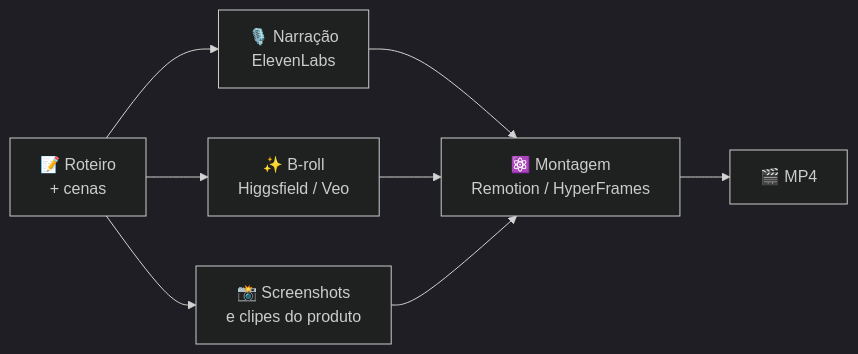
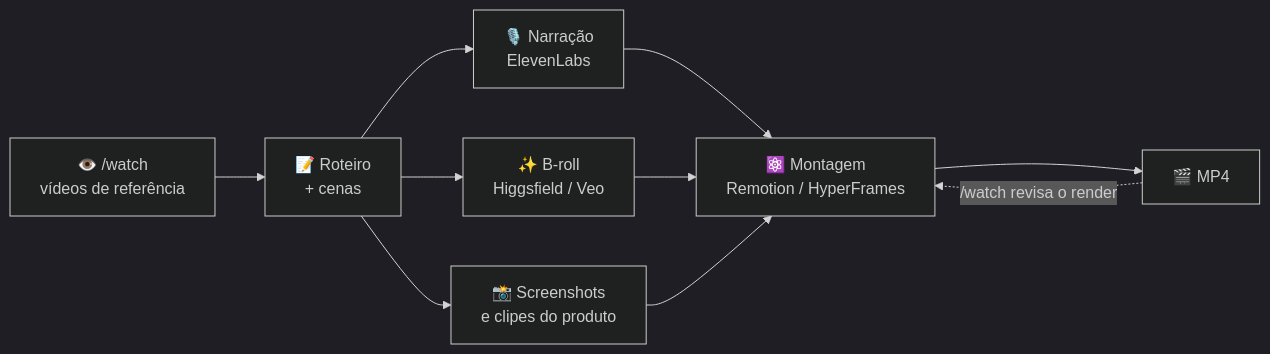
Before and after one commit to giovannichitarrelli/toolkit-agents: the diagram in docs/nichos/video.md, drawn with Mermaid (dark theme). The commit also changed other lines of this file and 2 other files, not shown here.

First line of the commit message:
Docs: claude-video (/watch) no nicho de video

````diff
--- a/docs/nichos/video.md
+++ b/docs/nichos/video.md
@@ -29,10 +33,12 @@
 ```mermaid
 flowchart LR
     R["📝 Roteiro<br/>+ cenas"] --> V["🎙️ Narração<br/>ElevenLabs"]
     R --> B["✨ B-roll<br/>Higgsfield / Veo"]
+    W["👁️ /watch<br/>vídeos de referência"] --> R
     R --> S["📸 Screenshots<br/>e clipes do produto"]
     V --> M["⚛️ Montagem<br/>Remotion / HyperFrames"]
     B --> M
     S --> M
     M --> O["🎬 MP4"]
+    O -. "/watch revisa o render" .-> M
 ```
````
